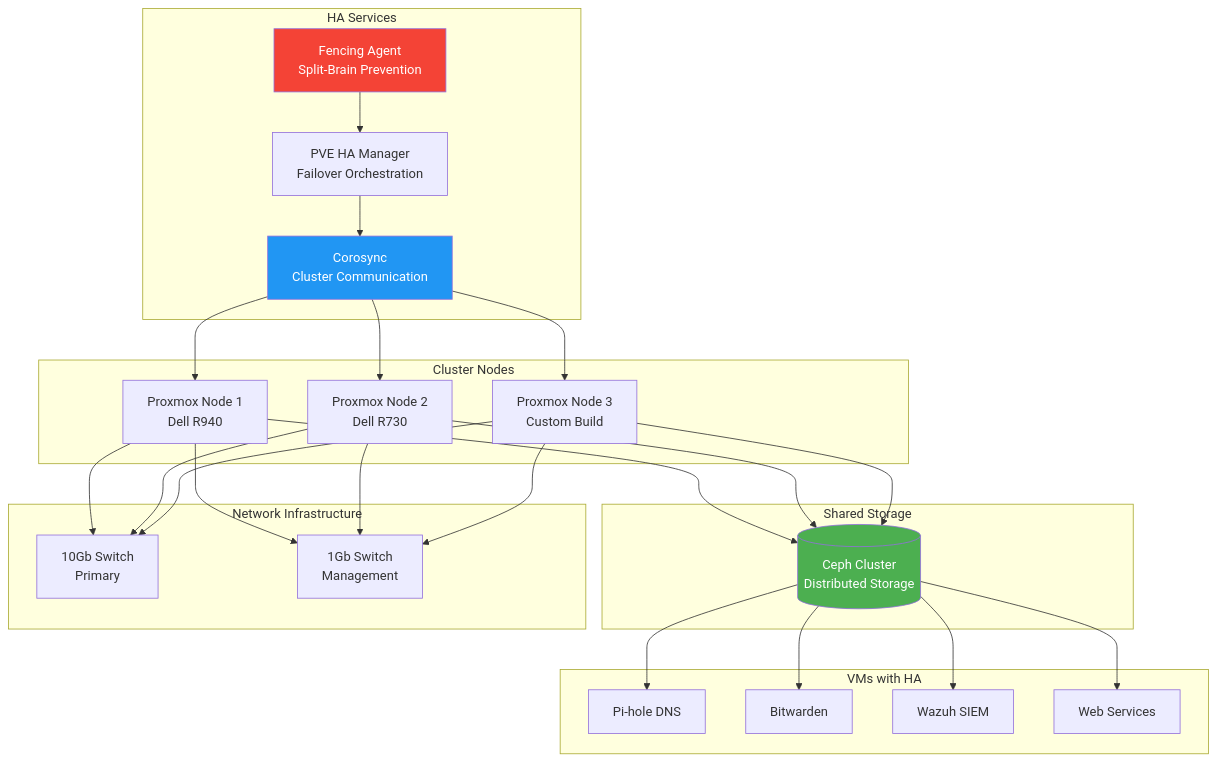
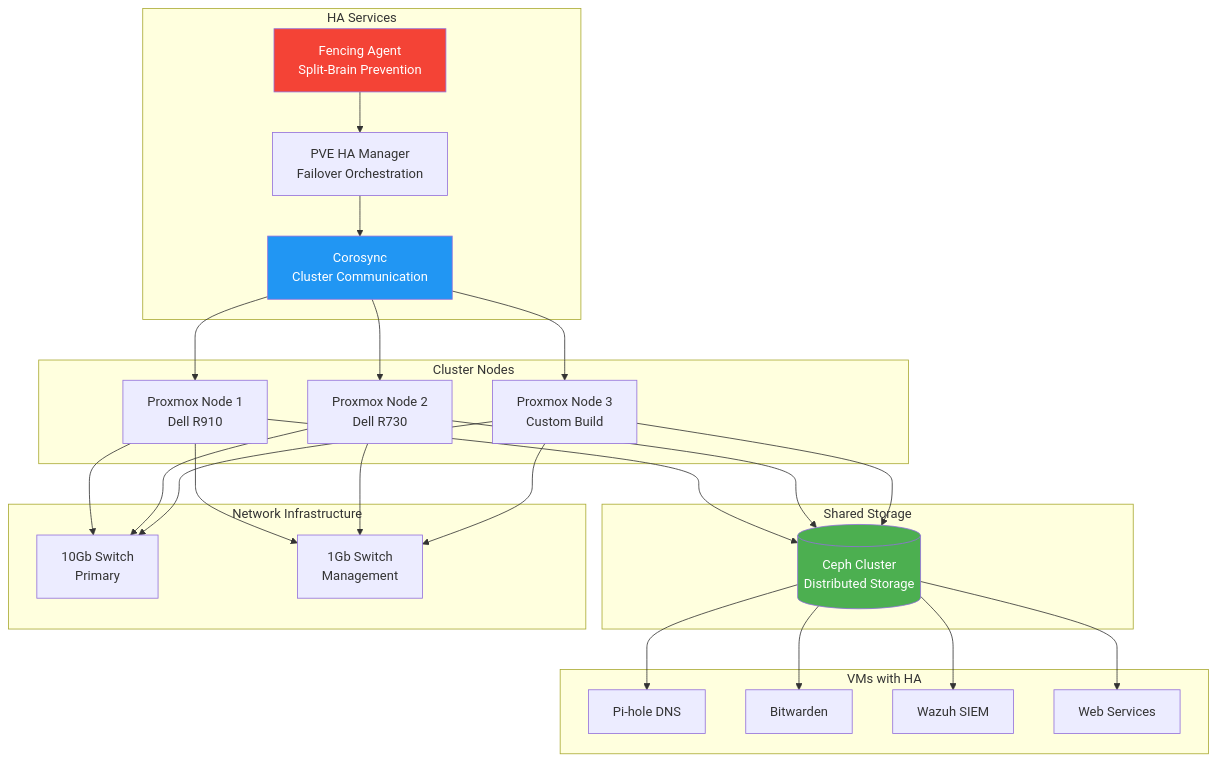
One commit to williamzujkowski/williamzujkowski.github.io changed the diagram in src/posts/2025-09-29-proxmox-high-availability-homelab.md. Above: the diagram before and after it, drawn with Mermaid. The commit also changed other lines of this file and 18 other files, not shown here.

````diff
--- a/src/posts/2025-09-29-proxmox-high-availability-homelab.md
+++ b/src/posts/2025-09-29-proxmox-high-availability-homelab.md
@@ -28,57 +28,57 @@
 ```mermaid
 flowchart TB
     subgraph clusternodes["Cluster Nodes"]
-        Node1[Proxmox Node 1<br/>Dell R940]
+        Node1[Proxmox Node 1<br/>Dell R910]
         Node2[Proxmox Node 2<br/>Dell R730]
         Node3[Proxmox Node 3<br/>Custom Build]
     end
     subgraph sharedstorage["Shared Storage"]
         Ceph[(Ceph Cluster<br/>Distributed Storage)]
     end
     subgraph networkinfrastructure["Network Infrastructure"]
         Switch1[10Gb Switch<br/>Primary]
         Switch2[1Gb Switch<br/>Management]
     end
     subgraph haservices["HA Services"]
         Corosync[Corosync<br/>Cluster Communication]
         PVE[PVE HA Manager<br/>Failover Orchestration]
         Fencing[Fencing Agent<br/>Split-Brain Prevention]
     end
     subgraph vmswithha["VMs with HA"]
         DNS[Pi-hole DNS]
         Vault[Bitwarden]
         Monitor[Wazuh SIEM]
         Web[Web Services]
     end
 
     Node1 --> Ceph
     Node2 --> Ceph
     Node3 --> Ceph
 
     Node1 --> Switch1
     Node2 --> Switch1
     Node3 --> Switch1
 
     Node1 --> Switch2
     Node2 --> Switch2
     Node3 --> Switch2
 
     Corosync --> Node1
     Corosync --> Node2
     Corosync --> Node3
 
     PVE --> Corosync
     Fencing --> PVE
 
     Ceph --> DNS
     Ceph --> Vault
     Ceph --> Monitor
     Ceph --> Web
 
     classDef greenNode fill:#4caf50,color:#fff
     classDef blueNode fill:#2196f3,color:#fff
     classDef redNode fill:#f44336,color:#fff
     class Ceph greenNode
     class Corosync blueNode
     class Fencing redNode
 ```
````
